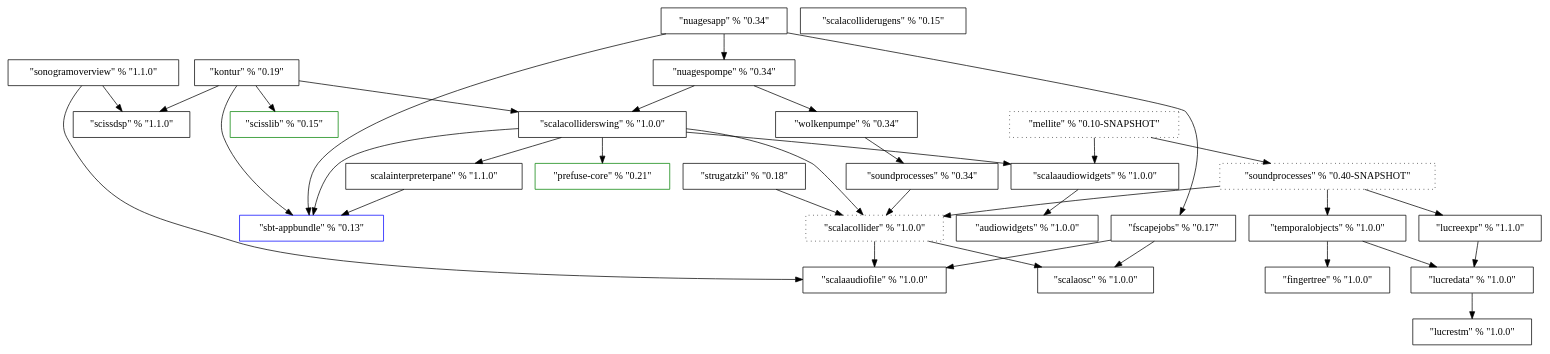
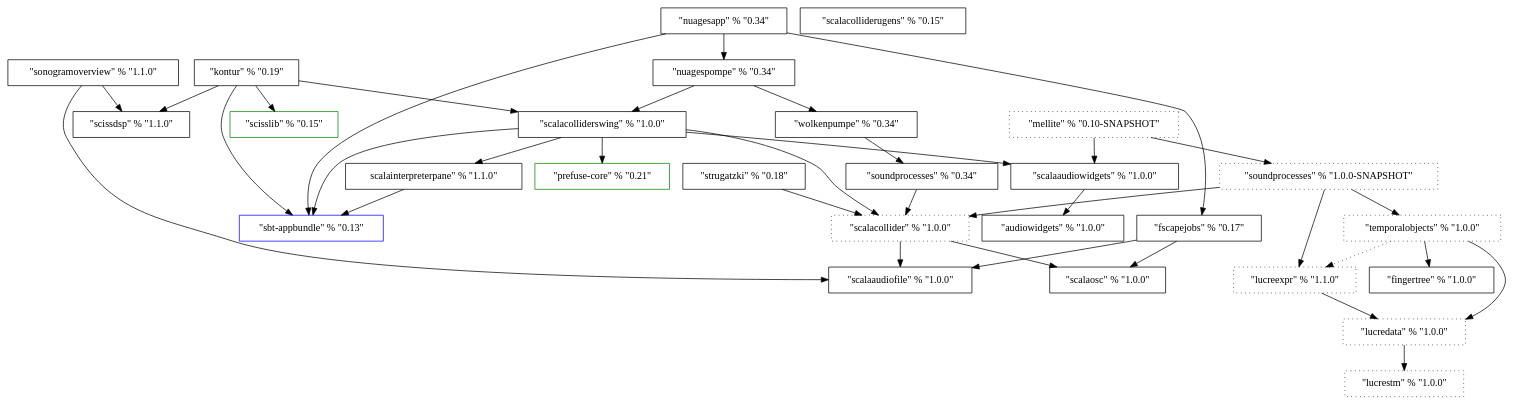
The diagram in ProjectDependencies/dep.dot (Sciss/HistoricalCode), drawn with Graphviz before and after one commit. The commit also changed 1 other file, not shown here.

```diff
--- a/ProjectDependencies/dep.dot
+++ b/ProjectDependencies/dep.dot
@@ -1,64 +1,65 @@
 digraph G {
 	ScalaOSC [label="\"scalaosc\" % \"1.0.0\"", shape=box];
 	ScalaAudioFile [label="\"scalaaudiofile\" % \"1.0.0\"", shape=box];
 	FScapeJobs [label="\"fscapejobs\" % \"0.17\"", shape=box];
 	AudioWidgets [label="\"audiowidgets\" % \"1.0.0\"", shape=box];
 	ScalaAudioWidgets [label="\"scalaaudiowidgets\" % \"1.0.0\"", shape=box];
 	SbtAppbundle [label="\"sbt-appbundle\" % \"0.13\"", shape=Box, color=blue];
 	ScissDSP [label="\"scissdsp\" % \"1.1.0\"", shape=Box];
 	SonogramOverview [label="\"sonogramoverview\" % \"1.1.0\"", shape=Box];
 	ScalaCollider [label="\"scalacollider\" % \"1.0.0\"", shape=Box, style=dotted];
 	Strugatzki [label="\"strugatzki\" % \"0.18\"", shape=Box];
 	ScalaInterpreterPane [label="\scalainterpreterpane\" % \"1.1.0\"", shape=Box];
 	PrefuseCore [label="\"prefuse-core\" % \"0.21\"", shape=Box, color=green];
 	ScalaColliderSwing [label="\"scalacolliderswing\" % \"1.0.0\"", shape=Box];
 	SoundProcesses [label="\"soundprocesses\" % \"0.34\"", shape=Box];
 	Wolkenpumpe [label="\"wolkenpumpe\" % \"0.34\"", shape=Box];
 	NuagesPompe [label="\"nuagespompe\" % \"0.34\"", shape=Box];
 	NuagesApp [label="\"nuagesapp\" % \"0.34\"", shape=Box];
 	ScissLib [label="\"scisslib\" % \"0.15\"", shape=Box, color=green];
 	Kontur [label="\"kontur\" % \"0.19\"", shape=Box];
 	FingerTree [label="\"fingertree\" % \"1.0.0\"", shape=Box];
 	ScalaColliderUGens [label="\"scalacolliderugens\" % \"0.15\"", shape=Box];
-	LucreSTM [label="\"lucrestm\" % \"1.0.0\"", shape=Box];
-	LucreData [label="\"lucredata\" % \"1.0.0\"", shape=Box];
-	LucreExpr [label="\"lucreexpr\" % \"1.1.0\"", shape=Box];
-	TemporalObjects [label="\"temporalobjects\" % \"1.0.0\"", shape=Box];
-	SoundProcesses3 [label="\"soundprocesses\" % \"0.40-SNAPSHOT\"", shape=Box, style=dotted];
+	LucreSTM [label="\"lucrestm\" % \"1.0.0\"", shape=Box, style=dotted];
+	LucreData [label="\"lucredata\" % \"1.0.0\"", shape=Box, style=dotted];
+	LucreExpr [label="\"lucreexpr\" % \"1.1.0\"", shape=Box, style=dotted];
+	TemporalObjects [label="\"temporalobjects\" % \"1.0.0\"", shape=Box, style=dotted];
+	SoundProcesses3 [label="\"soundprocesses\" % \"1.0.0-SNAPSHOT\"", shape=Box, style=dotted];
 	Mellite [label="\"mellite\" % \"0.10-SNAPSHOT\"", shape=Box, style=dotted];
 	
 	FScapeJobs -> ScalaOSC;
 	FScapeJobs -> ScalaAudioFile;
 	ScalaAudioWidgets -> AudioWidgets;
 	SonogramOverview -> ScalaAudioFile;
 	SonogramOverview -> ScissDSP;
 	ScalaCollider -> ScalaOSC;
 	ScalaCollider -> ScalaAudioFile;
 	Strugatzki -> ScalaCollider;
 	ScalaInterpreterPane -> SbtAppbundle;
 	ScalaColliderSwing -> SbtAppbundle;
 	ScalaColliderSwing -> ScalaCollider;
 	ScalaColliderSwing -> ScalaInterpreterPane;
 	ScalaColliderSwing -> PrefuseCore;
 	ScalaColliderSwing -> ScalaAudioWidgets;
 	SoundProcesses -> ScalaCollider;
 	Wolkenpumpe -> SoundProcesses;
 	NuagesPompe -> Wolkenpumpe;
 	NuagesPompe -> ScalaColliderSwing;
 	NuagesApp -> SbtAppbundle;
 	NuagesApp -> NuagesPompe;
 	NuagesApp -> FScapeJobs;
 	Kontur -> SbtAppbundle;
 	Kontur -> ScalaColliderSwing;
 	Kontur -> ScissDSP;
 	Kontur -> ScissLib;
 	LucreData -> LucreSTM;
    LucreExpr -> LucreData;
 	TemporalObjects -> FingerTree;
 	TemporalObjects -> LucreData;
+	TemporalObjects -> LucreExpr [style=dotted];
 	SoundProcesses3 -> ScalaCollider;
 	SoundProcesses3 -> TemporalObjects;
 	SoundProcesses3 -> LucreExpr;
 	Mellite -> SoundProcesses3;
 	Mellite -> ScalaAudioWidgets;
 }
```
